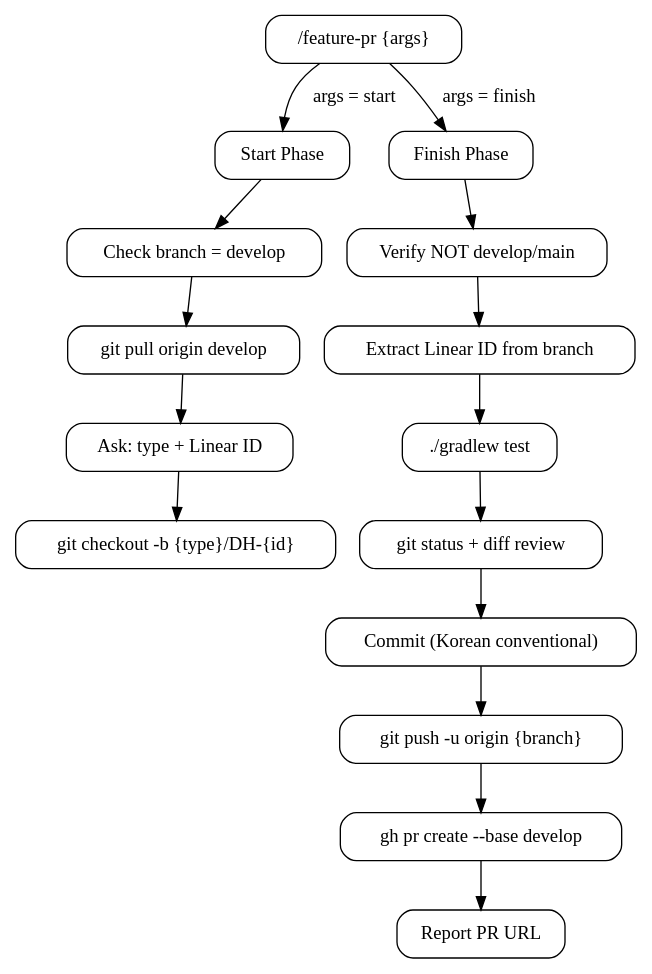
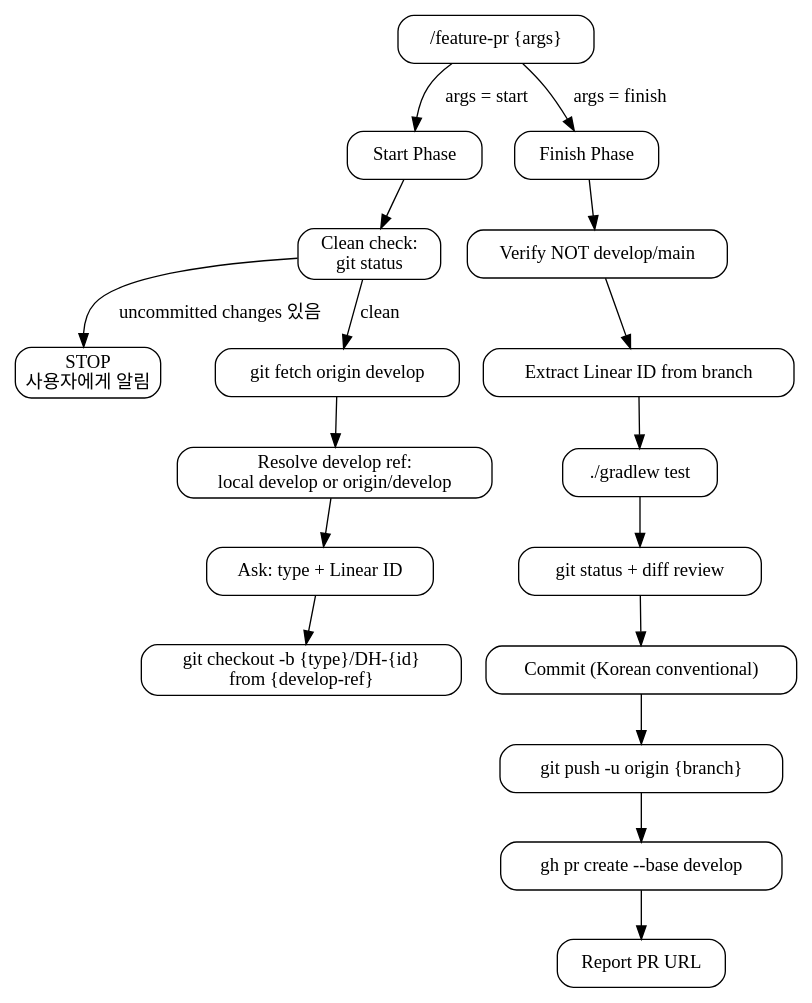
One commit to DH-Crew/On-Dot_BE changed the diagram in .claude/skills/feature-pr/SKILL.md. Above: the diagram before and after it, drawn with Graphviz. The commit also changed other lines of this file and 2 other files, not shown here.

First line of the commit message:
feat: PR 스킬 개선 및 워크플로우 자동화

````diff
--- a/.claude/skills/feature-pr/SKILL.md
+++ b/.claude/skills/feature-pr/SKILL.md
@@ -12,31 +12,35 @@
 ```dot
 digraph feature_pr {
   rankdir=TB
   node [shape=box style=rounded]
 
   entry [label="/feature-pr {args}"]
   start [label="Start Phase"]
   finish [label="Finish Phase"]
 
   entry -> start [label="args = start"]
   entry -> finish [label="args = finish"]
 
-  start -> s1 [label=""]
-  s1 [label="Check branch = develop"]
-  s2 [label="git pull origin develop"]
+  start -> s0 [label=""]
+  s0 [label="Clean check:\ngit status"]
+  s0_fail [label="STOP\n사용자에게 알림"]
+  s1 [label="git fetch origin develop"]
+  s2 [label="Resolve develop ref:\nlocal develop or origin/develop"]
   s3 [label="Ask: type + Linear ID"]
-  s4 [label="git checkout -b {type}/DH-{id}"]
+  s4 [label="git checkout -b {type}/DH-{id}\nfrom {develop-ref}"]
+  s0 -> s0_fail [label="uncommitted changes 있음"]
+  s0 -> s1 [label="clean"]
   s1 -> s2 -> s3 -> s4
 
   finish -> f1 [label=""]
   f1 [label="Verify NOT develop/main"]
   f2 [label="Extract Linear ID from branch"]
   f3 [label="./gradlew test"]
   f4 [label="git status + diff review"]
   f5 [label="Commit (Korean conventional)"]
   f6 [label="git push -u origin {branch}"]
   f7 [label="gh pr create --base develop"]
   f8 [label="Report PR URL"]
   f1 -> f2 -> f3 -> f4 -> f5 -> f6 -> f7 -> f8
 }
 ```
````
